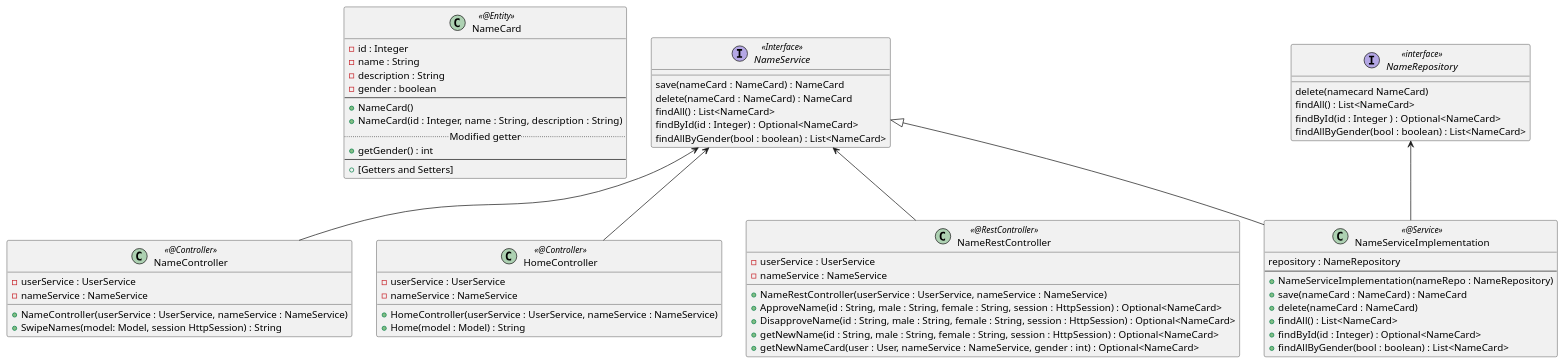
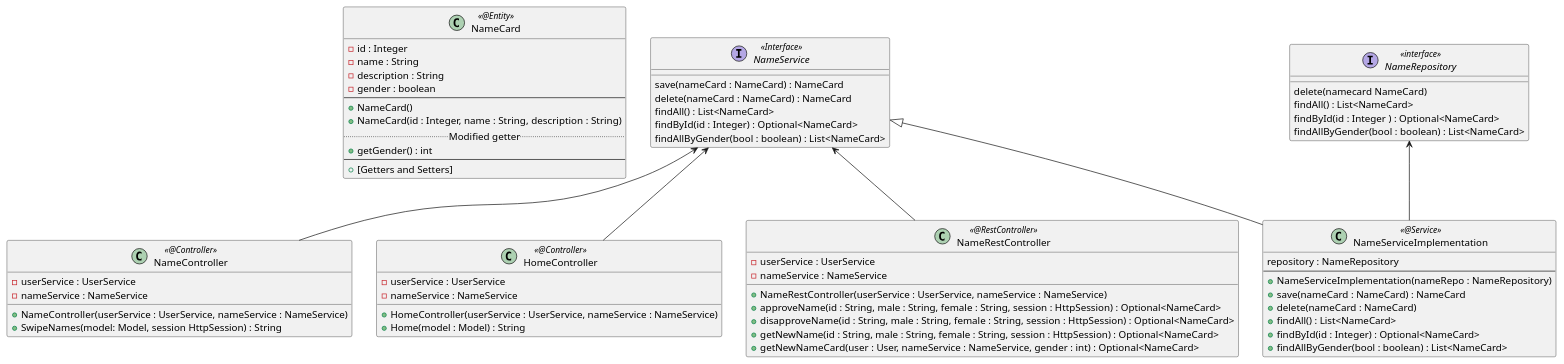
One commit to RutB/Throbo2_nafnaneistar changed the diagram in nafnaneistar/diagrams/NameDiagram.wsd. Above: the diagram before and after it, drawn with PlantUML.

Commit message:
Update diagram

```diff
--- a/nafnaneistar/diagrams/NameDiagram.wsd
+++ b/nafnaneistar/diagrams/NameDiagram.wsd
@@ -1,71 +1,71 @@
 @startuml Name
 Class NameCard <<@Entity>> {
     -id : Integer
     -name : String
     -description : String
     -gender : boolean
     --
     +NameCard()
     +NameCard(id : Integer, name : String, description : String)
     .. Modified getter ..
     +getGender() : int
     --
     +[Getters and Setters]
 }
 
 class NameController <<@Controller>> {
     -userService : UserService
     -nameService : NameService
     +NameController(userService : UserService, nameService : NameService)
     +SwipeNames(model: Model, session HttpSession) : String
 }
 
 class HomeController <<@Controller>> {
     -userService : UserService
     -nameService : NameService
     +HomeController(userService : UserService, nameService : NameService)
     +Home(model : Model) : String
 }
 class NameRestController <<@RestController>> {
     -userService : UserService
     -nameService : NameService
     +NameRestController(userService : UserService, nameService : NameService)
-    +ApproveName(id : String, male : String, female : String, session : HttpSession) : Optional<NameCard>
-    +DisapproveName(id : String, male : String, female : String, session : HttpSession) : Optional<NameCard>
+    +approveName(id : String, male : String, female : String, session : HttpSession) : Optional<NameCard>
+    +disapproveName(id : String, male : String, female : String, session : HttpSession) : Optional<NameCard>
     +getNewName(id : String, male : String, female : String, session : HttpSession) : Optional<NameCard>
     +getNewNameCard(user : User, nameService : NameService, gender : int) : Optional<NameCard>
 }
 Interface NameRepository<<interface>> {
     delete(namecard NameCard)
     findAll() : List<NameCard>
     findById(id : Integer ) : Optional<NameCard>
     findAllByGender(bool : boolean) : List<NameCard>
 }
 Interface NameService <<Interface>> {
     save(nameCard : NameCard) : NameCard
     delete(nameCard : NameCard) : NameCard
     findAll() : List<NameCard>
     findById(id : Integer) : Optional<NameCard>
     findAllByGender(bool : boolean) : List<NameCard>
 }
 class NameServiceImplementation <<@Service>> {
     repository : NameRepository
     --
     +NameServiceImplementation(nameRepo : NameRepository)
     +save(nameCard : NameCard) : NameCard
     +delete(nameCard : NameCard)
     +findAll() : List<NameCard>
     +findById(id : Integer) : Optional<NameCard>
     +findAllByGender(bool : boolean) : List<NameCard>
 }
 
 NameService <|-- NameServiceImplementation
 
 NameRepository <-- NameServiceImplementation
 
 NameService <-- HomeController
 
 NameService <-- NameController
 
 NameService <-- NameRestController
 @enduml
```
